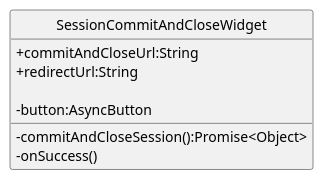
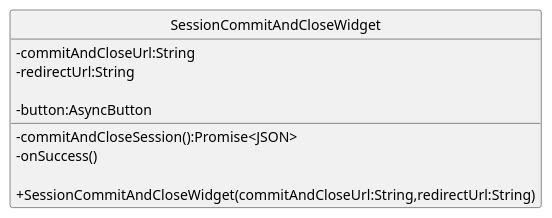
One commit to GroupRubberDuck/Documentazione changed the diagram in src/PB/DocumentazioneEsterna/Specifica_Tecnica/content/05-diagrammi-classi/uml/puml/Frontend/widget/SessionCommitAndCloseWidget.puml. Above: the diagram before and after it, drawn with PlantUML. The commit also changed 45 other files, not shown here.

```diff
--- a/src/PB/DocumentazioneEsterna/Specifica_Tecnica/content/05-diagrammi-classi/uml/puml/Frontend/widget/SessionCommitAndCloseWidget.puml
+++ b/src/PB/DocumentazioneEsterna/Specifica_Tecnica/content/05-diagrammi-classi/uml/puml/Frontend/widget/SessionCommitAndCloseWidget.puml
@@ -1,22 +1,24 @@
 @startuml
 skinparam linetype ortho
 skinparam nodesep 80
 skinparam ranksep 100
 skinparam classAttributeIconSize 0
 skinparam packageStyle rectangle
 skinparam style strictuml
 
 
 class SessionCommitAndCloseWidget{
-        + commitAndCloseUrl:String
-        +redirectUrl:String
+        - commitAndCloseUrl:String
+        - redirectUrl:String
 
         -button:AsyncButton
 
 
 
-        -commitAndCloseSession():Promise<Object>
+        -commitAndCloseSession():Promise<JSON>
         -onSuccess()
+
+        + SessionCommitAndCloseWidget(commitAndCloseUrl:String,redirectUrl:String)
 }
 
 @enduml
```
